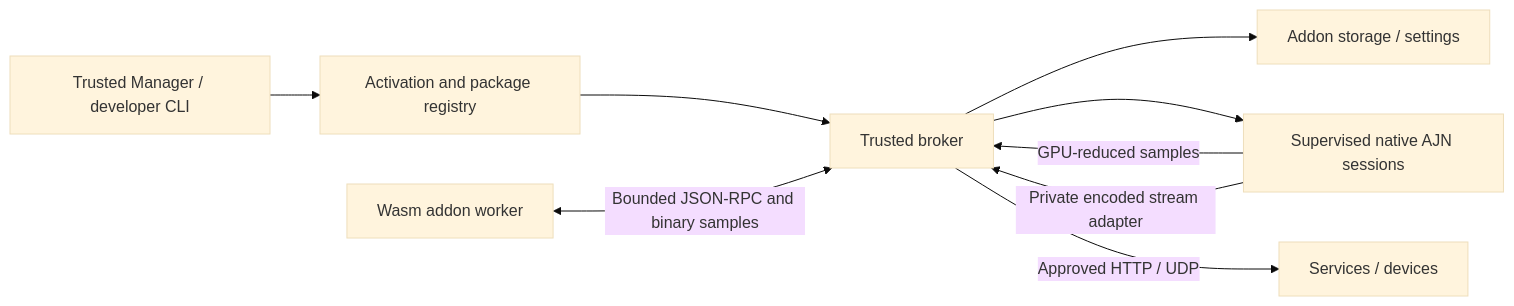
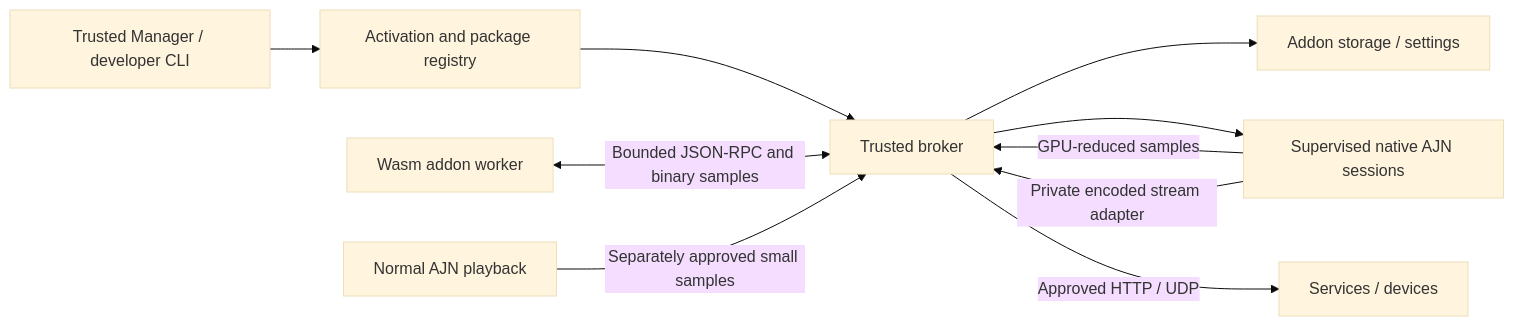
The diagram in addons/ARCHITECTURE.md (422415/mpv-AnimeJaNai), drawn with Mermaid (base theme) before and after one commit. The commit also changed other lines of this file and 30 other files, not shown here.

Commit message:
Add permissioned samples from normal AJN playback

````diff
--- a/addons/ARCHITECTURE.md
+++ b/addons/ARCHITECTURE.md
@@ -5,11 +5,12 @@
 ```mermaid
 flowchart LR
     UI[Trusted Manager / developer CLI] --> Life[Activation and package registry]
     Life --> Host[Trusted broker]
     Guest[Wasm addon worker] <-->|Bounded JSON-RPC and binary samples| Host
     Host --> Data[Addon storage / settings]
     Host --> Sessions[Supervised native AJN sessions]
     Sessions -->|GPU-reduced samples| Host
+    Player[Normal AJN playback] -->|Separately approved small samples| Host
     Host -->|Approved HTTP / UDP| Devices[Services / devices]
     Sessions -->|Private encoded stream adapter| Host
 ```
````
